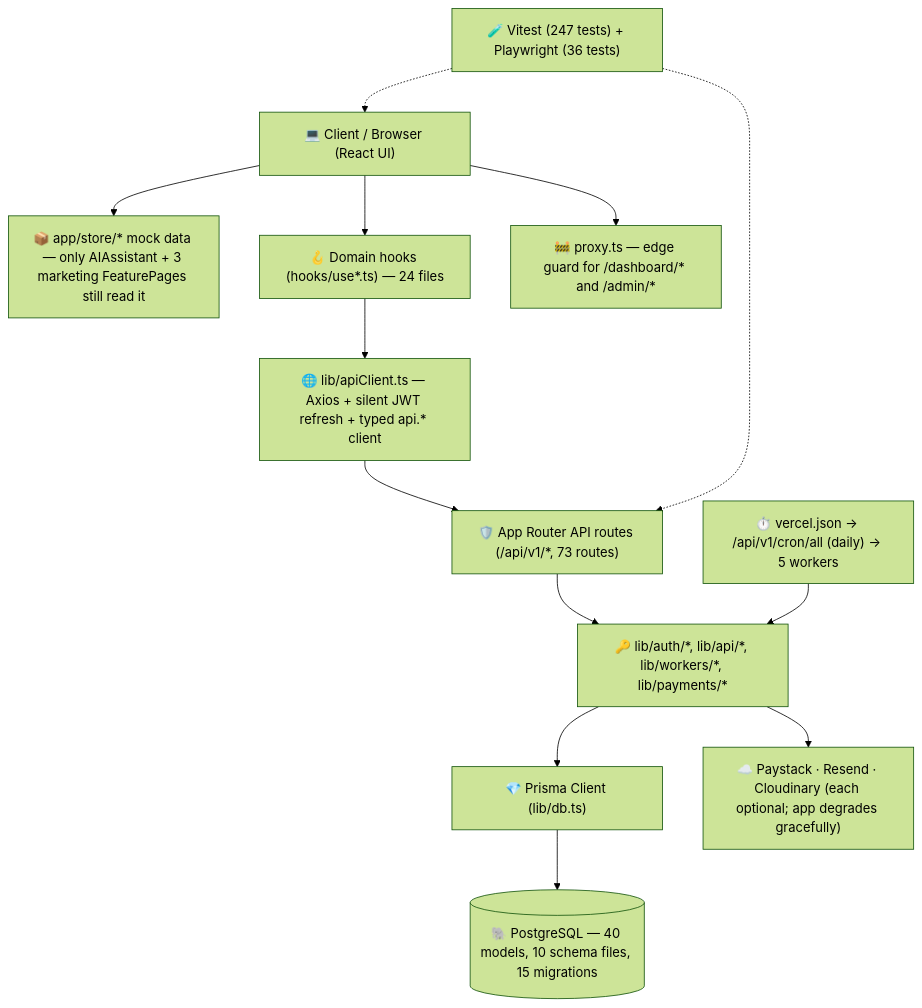
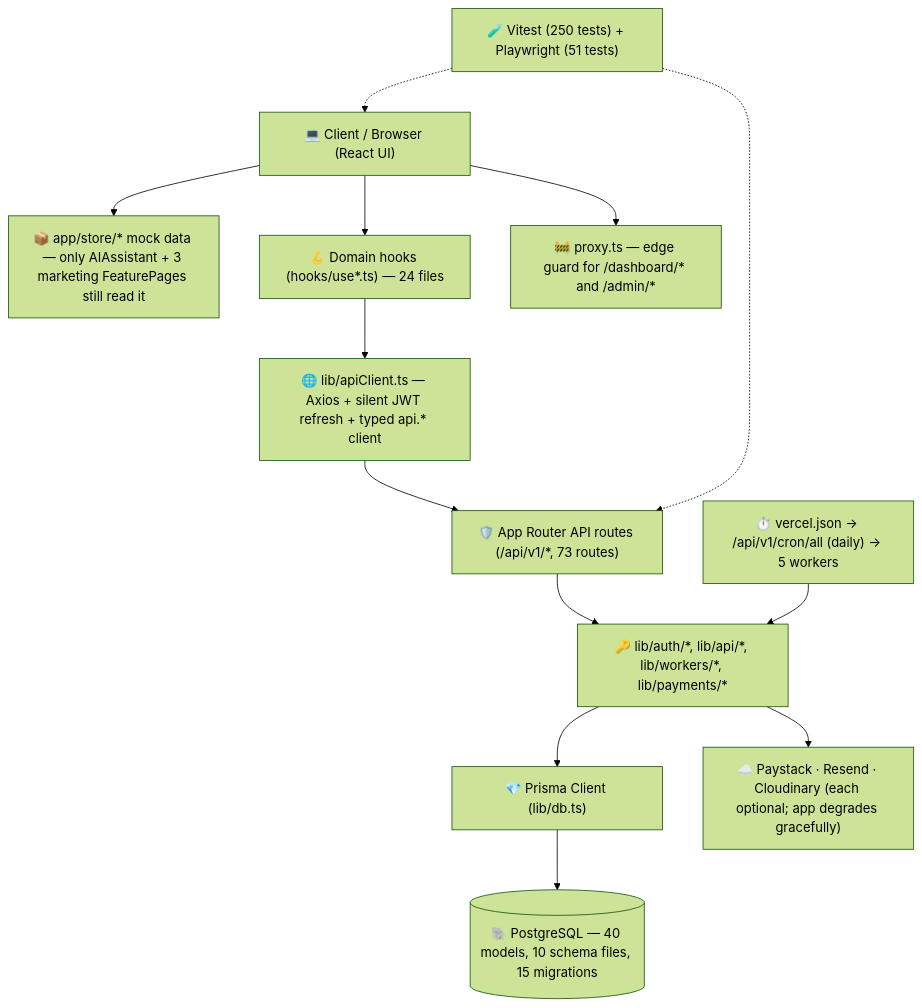
The diagram in PROJECT_STRUCTURE.md (Proplity/proplity), drawn with Mermaid (forest theme) before and after one commit. The commit also changed other lines of this file and 48 other files, not shown here.

````diff
--- a/PROJECT_STRUCTURE.md
+++ b/PROJECT_STRUCTURE.md
@@ -11,28 +11,28 @@
 ```mermaid
 graph TD
     Client["💻 Client / Browser (React UI)"]
     Store["📦 app/store/* mock data — only AIAssistant + 3 marketing FeaturePages still read it"]
     Hooks["🪝 Domain hooks (hooks/use*.ts) — 24 files"]
     ApiClient["🌐 lib/apiClient.ts — Axios + silent JWT refresh + typed api.* client"]
     Proxy["🚧 proxy.ts — edge guard for /dashboard/* and /admin/*"]
     NextApi["🛡️ App Router API routes (/api/v1/*, 73 routes)"]
     LibCore["🔑 lib/auth/*, lib/api/*, lib/workers/*, lib/payments/*"]
     PrismaClient["💎 Prisma Client (lib/db.ts)"]
     Postgres[("🐘 PostgreSQL — 40 models, 10 schema files, 15 migrations")]
     Cron["⏱️ vercel.json → /api/v1/cron/all (daily) → 5 workers"]
     Ext["☁️ Paystack · Resend · Cloudinary (each optional; app degrades gracefully)"]
-    Tests["🧪 Vitest (247 tests) + Playwright (36 tests)"]
+    Tests["🧪 Vitest (250 tests) + Playwright (51 tests)"]
 
     Client --> Store
     Client --> Proxy
     Client --> Hooks
     Hooks --> ApiClient
     ApiClient --> NextApi
     NextApi --> LibCore
     LibCore --> PrismaClient
     LibCore --> Ext
     Cron --> LibCore
     PrismaClient --> Postgres
     Tests -.-> NextApi
     Tests -.-> Client
 ```
````
